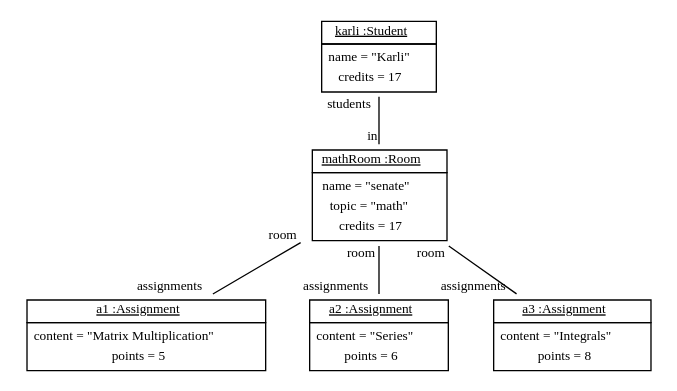
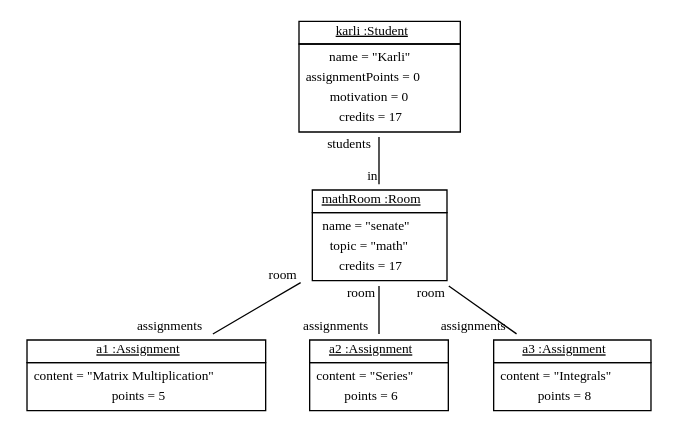
The diagram in doc/StudyRight with assignments storyboard11.dot (fujaba/SDMLib), drawn with Graphviz before and after one commit. The commit also changed 13 other files, not shown here.

Commit message:
addObjectDiagram shows credits == 0 for karli, now.

```diff
--- a/doc/StudyRight with assignments storyboard11.dot
+++ b/doc/StudyRight with assignments storyboard11.dot
@@ -1,16 +1,16 @@
 graph ObjectDiagram {
    node [shape = none, fontsize = 10];
    edge [fontsize = 10];
    compound=true;
 
-karli [label=<<table border='0' cellborder='1' cellspacing='0'> <tr> <td> <u>karli :Student</u></td></tr><tr><td><table border='0' cellborder='0' cellspacing='0'><tr><td>name = "Karli"</td></tr><tr><td>credits = 17</td></tr></table></td></tr></table>>];
+karli [label=<<table border='0' cellborder='1' cellspacing='0'> <tr> <td> <u>karli :Student</u></td></tr><tr><td><table border='0' cellborder='0' cellspacing='0'><tr><td>name = "Karli"</td></tr><tr><td>assignmentPoints = 0</td></tr><tr><td>motivation = 0</td></tr><tr><td>credits = 17</td></tr></table></td></tr></table>>];
 mathRoom [label=<<table border='0' cellborder='1' cellspacing='0'> <tr> <td> <u>mathRoom :Room</u></td></tr><tr><td><table border='0' cellborder='0' cellspacing='0'><tr><td>name = "senate"</td></tr><tr><td>topic = "math"</td></tr><tr><td>credits = 17</td></tr></table></td></tr></table>>];
 a1 [label=<<table border='0' cellborder='1' cellspacing='0'> <tr> <td> <u>a1 :Assignment</u></td></tr><tr><td><table border='0' cellborder='0' cellspacing='0'><tr><td>content = "Matrix Multiplication"</td></tr><tr><td>points = 5</td></tr></table></td></tr></table>>];
 a2 [label=<<table border='0' cellborder='1' cellspacing='0'> <tr> <td> <u>a2 :Assignment</u></td></tr><tr><td><table border='0' cellborder='0' cellspacing='0'><tr><td>content = "Series"</td></tr><tr><td>points = 6</td></tr></table></td></tr></table>>];
 a3 [label=<<table border='0' cellborder='1' cellspacing='0'> <tr> <td> <u>a3 :Assignment</u></td></tr><tr><td><table border='0' cellborder='0' cellspacing='0'><tr><td>content = "Integrals"</td></tr><tr><td>points = 8</td></tr></table></td></tr></table>>];
 
 karli -- mathRoom [headlabel = "in" taillabel = "students"];
 mathRoom -- a1 [headlabel = "assignments" taillabel = "room"];
 mathRoom -- a2 [headlabel = "assignments" taillabel = "room"];
 mathRoom -- a3 [headlabel = "assignments" taillabel = "room"];
 }
```
